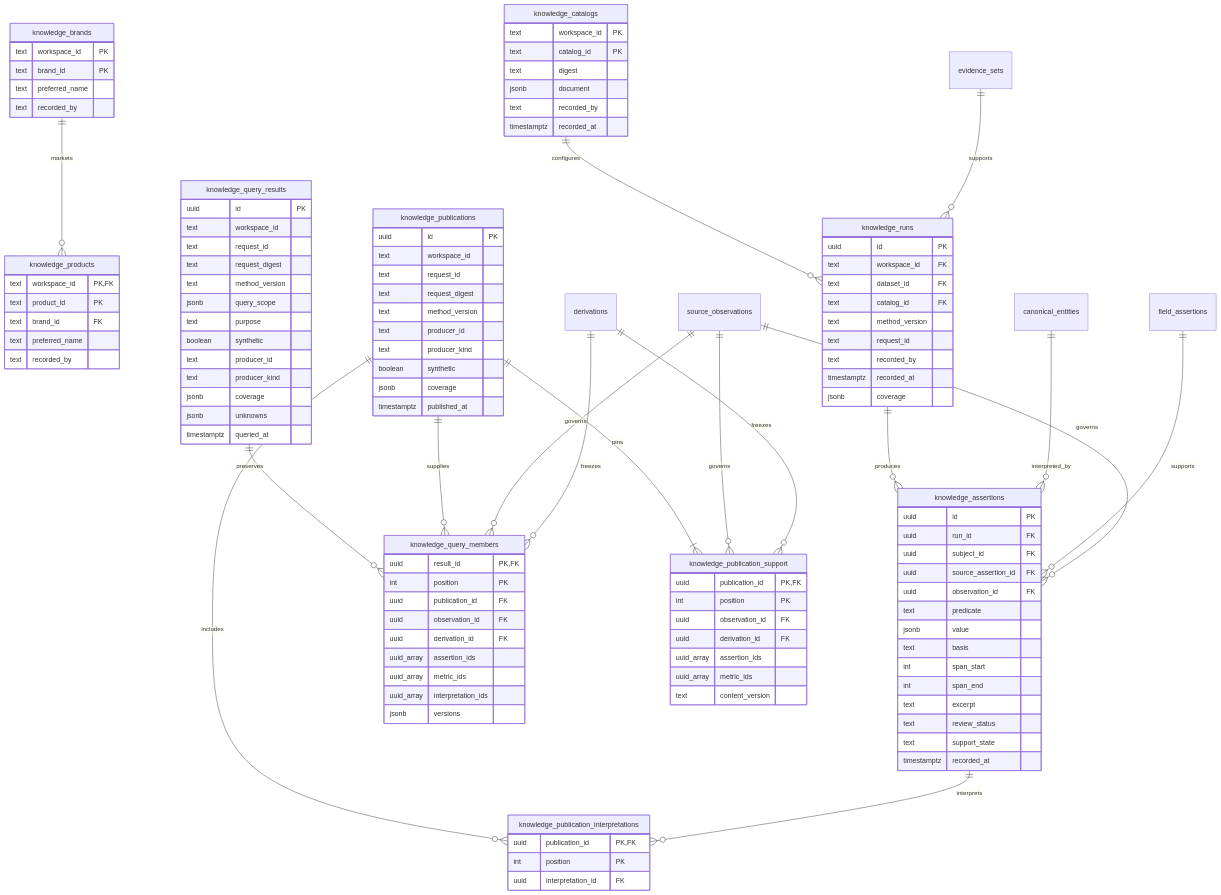
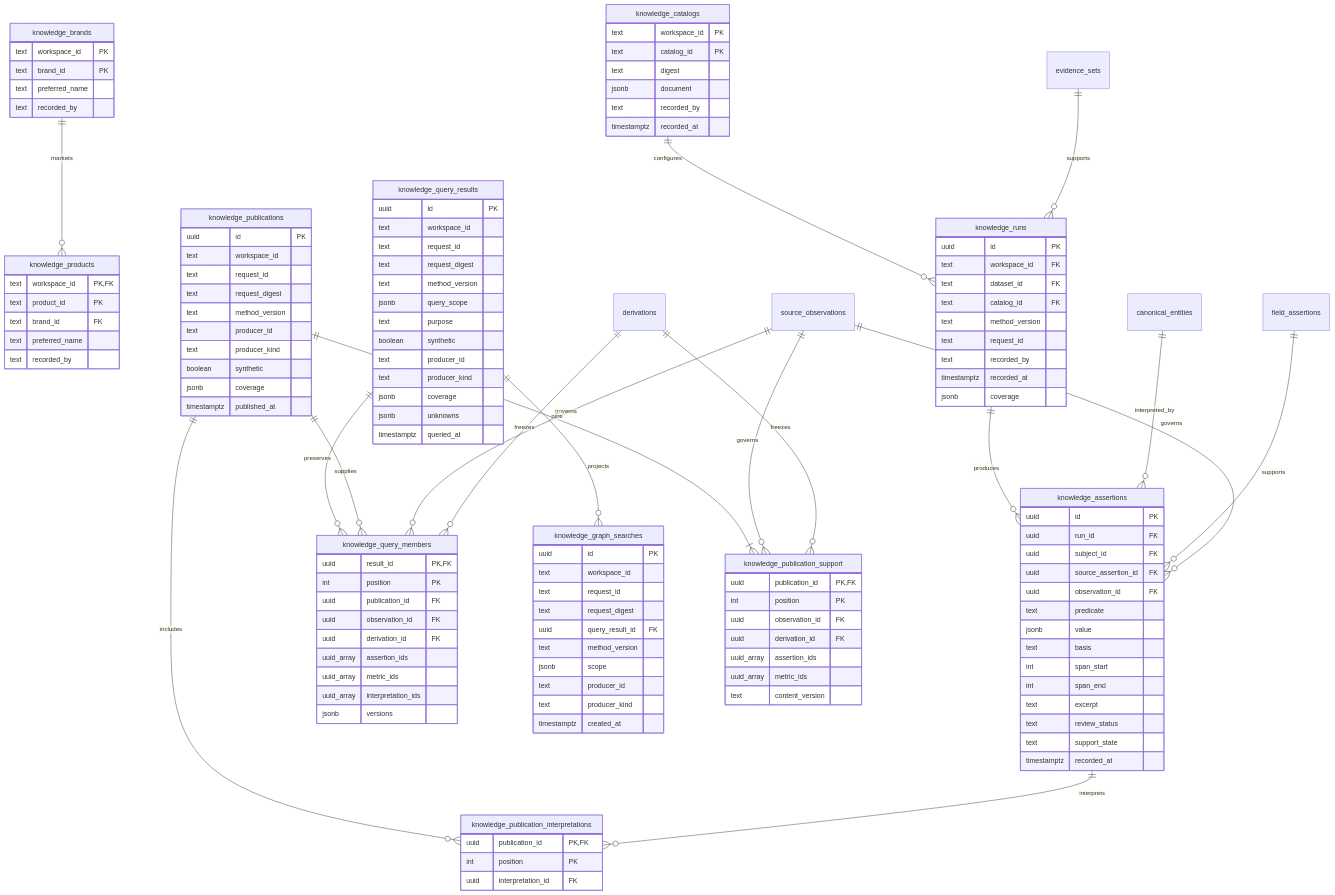
The second of 12 diagrams in docs/data-model.md (jinroylee/social-marketing-intelligence), drawn with Mermaid before and after one commit. The commit also changed other lines of this file and 23 other files, not shown here.

Commit message:
Add governed one-hop knowledge graph search and detail

```diff
--- a/docs/data-model.md
+++ b/docs/data-model.md
@@ -151,6 +151,7 @@
     evidence_sets ||--o{ knowledge_runs : supports
     knowledge_runs ||--o{ knowledge_assertions : produces
     knowledge_query_results ||--o{ knowledge_query_members : preserves
+    knowledge_query_results ||--o{ knowledge_graph_searches : projects
     knowledge_publications ||--o{ knowledge_query_members : supplies
     source_observations ||--o{ knowledge_query_members : governs
     derivations ||--o{ knowledge_query_members : freezes
@@ -177,6 +178,18 @@
         jsonb coverage
         jsonb unknowns
         timestamptz queried_at
+    }
+    knowledge_graph_searches {
+        uuid id PK
+        text workspace_id
+        text request_id
+        text request_digest
+        uuid query_result_id FK
+        text method_version
+        jsonb scope
+        text producer_id
+        text producer_kind
+        timestamptz created_at
     }
     knowledge_query_members {
         uuid result_id PK, FK
```
